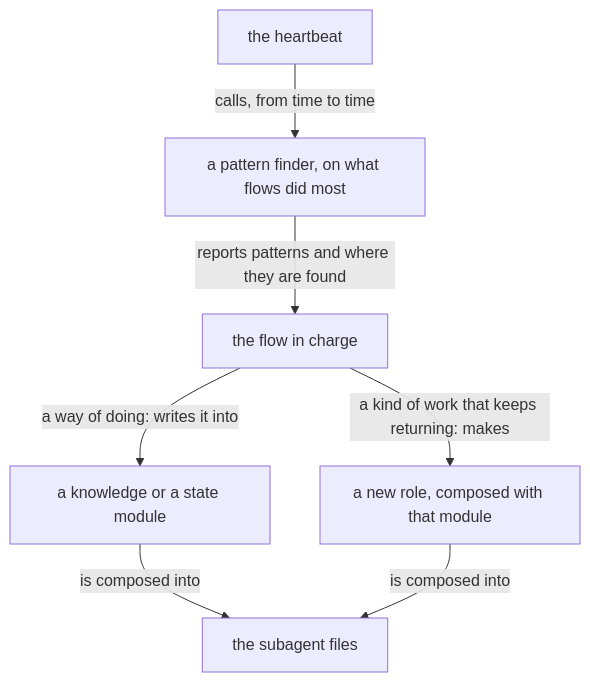
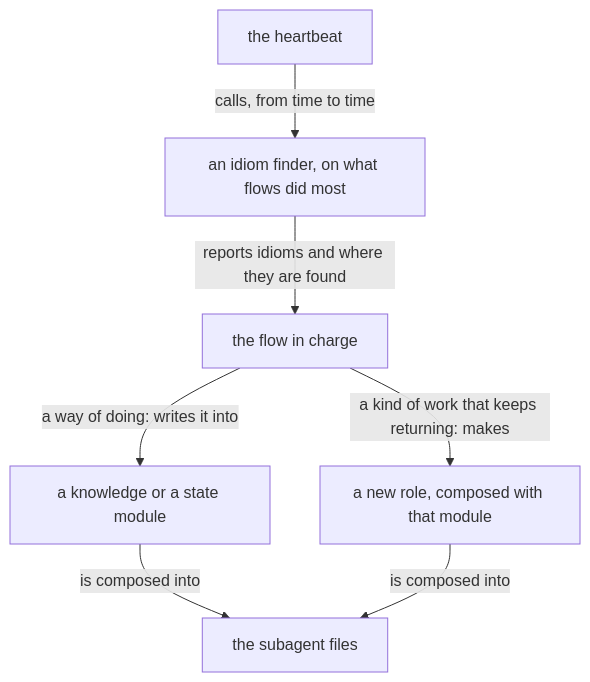
Before and after one commit to LiGoldragon/mind-belief: the third of 3 diagrams in notion/subagent-roles/0.md, drawn with Mermaid. The commit also changed other lines of this file, not shown here.

First line of the commit message:
notion/subagent-roles: patterns in code are idioms; idiom finder, idiom applier (Designer's ruling)

````diff
--- a/notion/subagent-roles/0.md
+++ b/notion/subagent-roles/0.md
@@ -69,9 +69,9 @@
 ```mermaid
 flowchart TB
-    h["the heartbeat"] -- "calls, from time to time" --> p["a pattern finder, on what flows did most"]
-    p -- "reports patterns and where they are found" --> a["the flow in charge"]
+    h["the heartbeat"] -- "calls, from time to time" --> p["an idiom finder, on what flows did most"]
+    p -- "reports idioms and where they are found" --> a["the flow in charge"]
     a -- "a way of doing: writes it into" --> k["a knowledge or a state module"]
     a -- "a kind of work that keeps returning: makes" --> r["a new role, composed with that module"]
     k -- "is composed into" --> s["the subagent files"]
     r -- "is composed into" --> s
 ```
````
